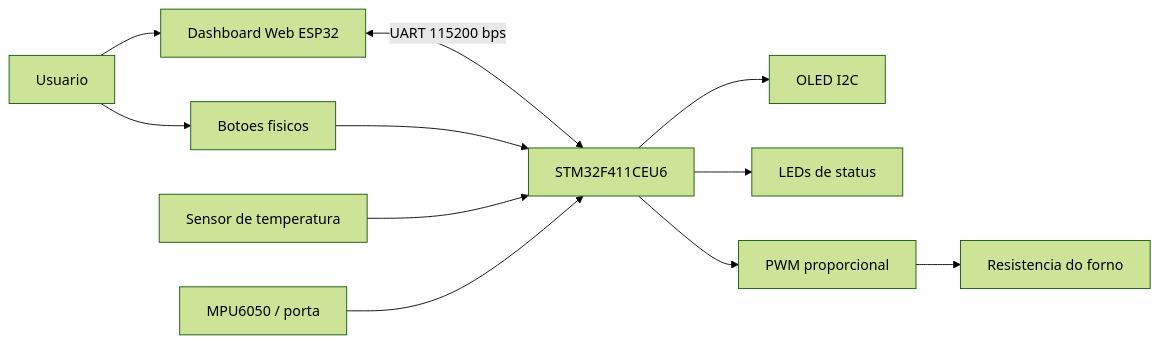
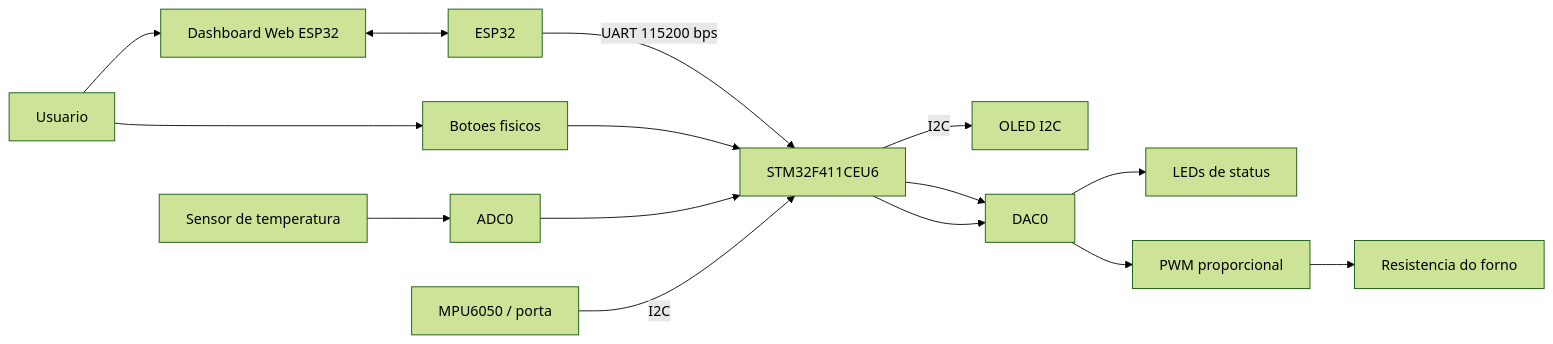
Before and after one commit to DiogoHantke/MiniForno-Didatico-Automatizado: the first of 2 diagrams in README.md, drawn with Mermaid (forest theme).

````diff
--- a/README.md
+++ b/README.md
@@ -131,13 +131,13 @@
 ```mermaid
 flowchart LR
     U["Usuario"] --> W["Dashboard Web ESP32"]
     U --> B["Botoes fisicos"]
-    W <-->|"UART 115200 bps"| S["STM32F411CEU6"]
+    W <-->E["ESP32"]-->|"UART 115200 bps"| S["STM32F411CEU6"]
     B --> S
-    T["Sensor de temperatura"] --> S
-    M["MPU6050 / porta"] --> S
-    S --> O["OLED I2C"]
-    S --> L["LEDs de status"]
-    S --> P["PWM proporcional"]
+    T["Sensor de temperatura"] --> A["ADC0"] --> S
+    M["MPU6050 / porta"] --> |"I2C"| S
+    S -->|"I2C"| O["OLED I2C"]
+    S --> D["DAC0"]--> L["LEDs de status"]
+    S --> D["DAC0"] --> P["PWM proporcional"]
     P --> R["Resistencia do forno"]
 ```
````
